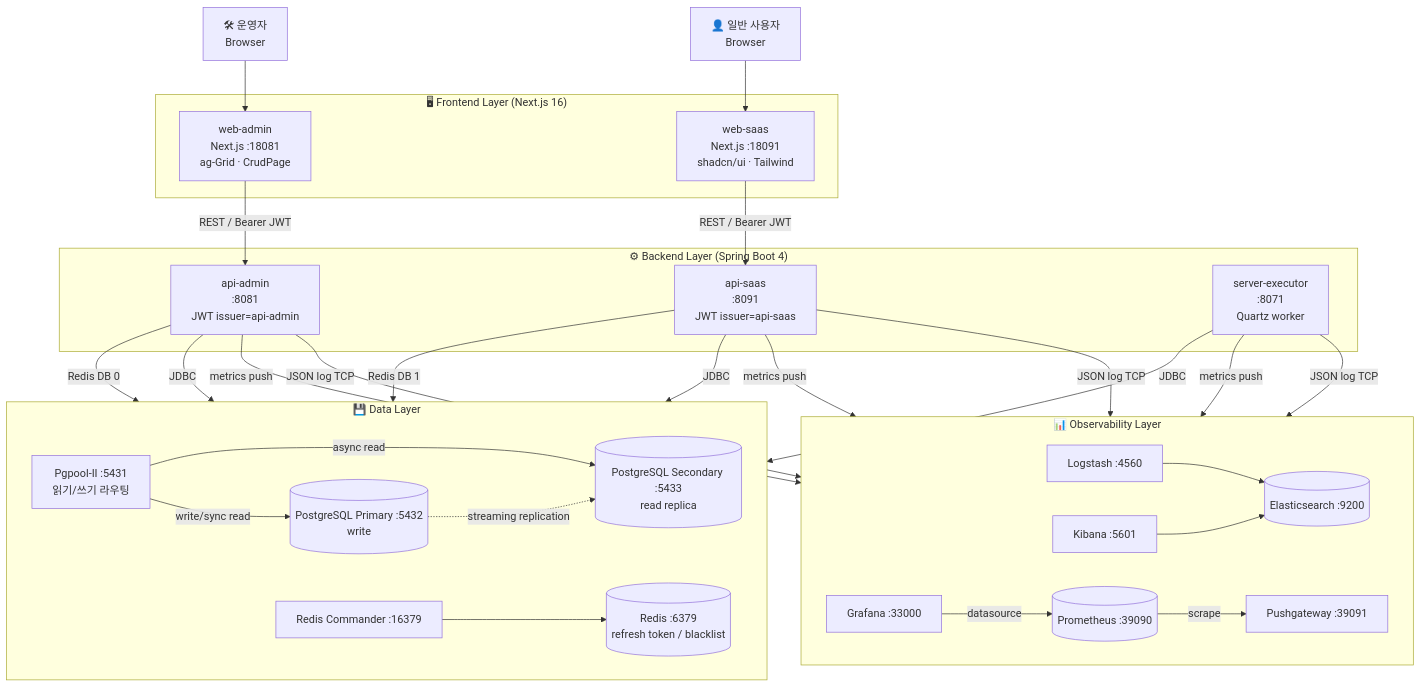
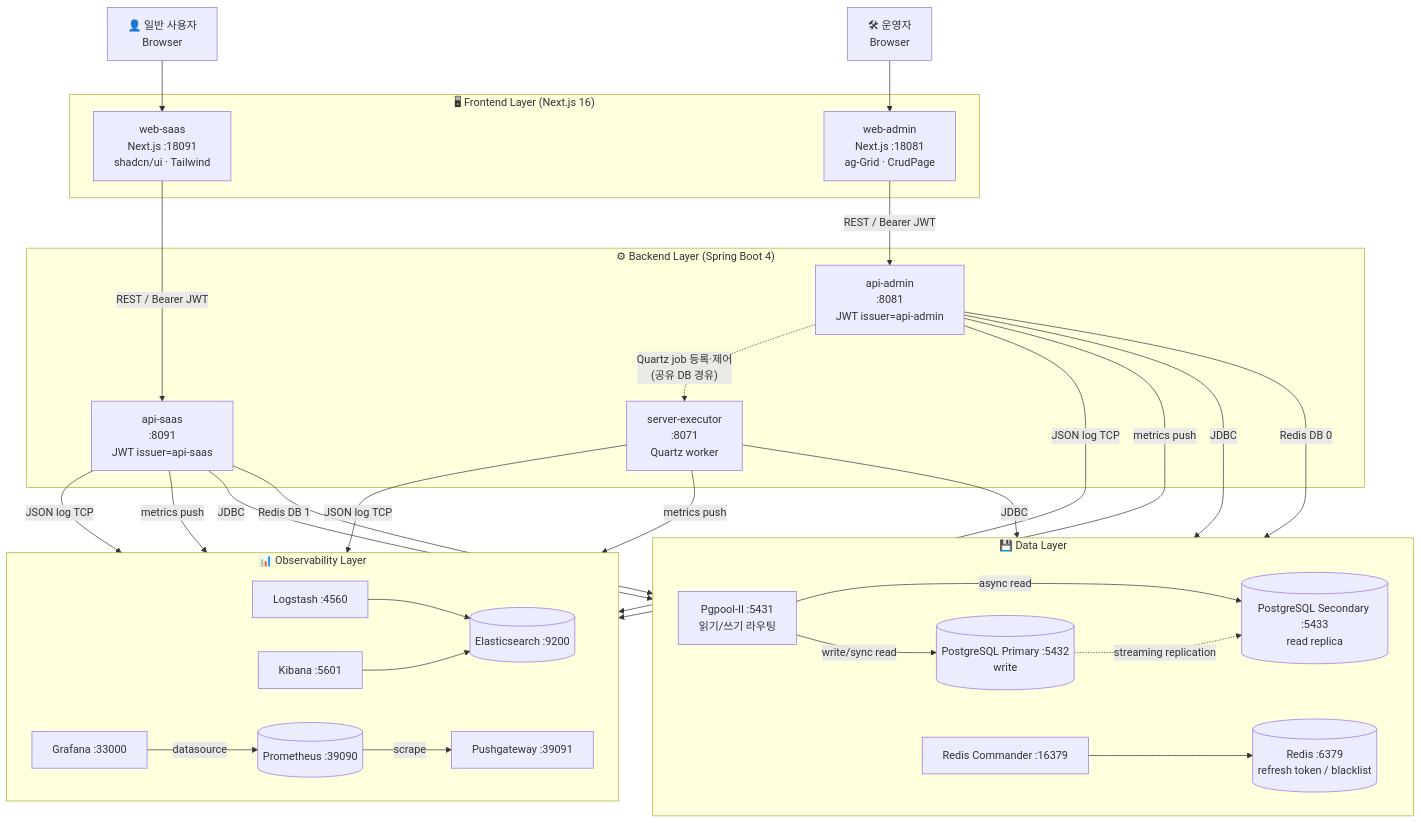
The ninth of 13 diagrams in core-banking/PORTFOLIO.md (wantedhooni/portfolio), drawn with Mermaid before and after one commit. The commit also changed other lines of this file and 2 other files, not shown here.

````diff
--- a/core-banking/PORTFOLIO.md
+++ b/core-banking/PORTFOLIO.md
@@ -352,64 +400,66 @@
 ```mermaid
 flowchart TB
     user["👤 일반 사용자<br/>Browser"]
     adminUser["🛠 운영자<br/>Browser"]
 
     subgraph Frontend["🖥 Frontend Layer (Next.js 16)"]
         webSaas["web-saas<br/>Next.js :18091<br/>shadcn/ui · Tailwind"]
         webAdmin["web-admin<br/>Next.js :18081<br/>ag-Grid · CrudPage"]
     end
 
     subgraph Backend["⚙ Backend Layer (Spring Boot 4)"]
         apiSaas["api-saas<br/>:8091<br/>JWT issuer=api-saas"]
         apiAdmin["api-admin<br/>:8081<br/>JWT issuer=api-admin"]
         executor["server-executor<br/>:8071<br/>Quartz worker"]
     end
 
     subgraph Data["💾 Data Layer"]
         direction LR
         pgpool["Pgpool-II :5431<br/>읽기/쓰기 라우팅"]
         primary[("PostgreSQL Primary :5432<br/>write")]
         secondary[("PostgreSQL Secondary :5433<br/>read replica")]
         redis[("Redis :6379<br/>refresh token / blacklist")]
         redisCommander["Redis Commander :16379"]
     end
 
     subgraph Obs["📊 Observability Layer"]
         direction LR
         logstash["Logstash :4560"]
         elastic[("Elasticsearch :9200")]
         kibana["Kibana :5601"]
         pushgateway["Pushgateway :39091"]
         prometheus[("Prometheus :39090")]
         grafana["Grafana :33000"]
     end
 
     user --> webSaas
     adminUser --> webAdmin
 
     webSaas -->|REST / Bearer JWT| apiSaas
     webAdmin -->|REST / Bearer JWT| apiAdmin
 
     apiSaas -->|JDBC| pgpool
     apiAdmin -->|JDBC| pgpool
     executor -->|JDBC| pgpool
     pgpool -->|write/sync read| primary
     pgpool -->|async read| secondary
     primary -.->|streaming replication| secondary
 
+    apiAdmin -.->|"Quartz job 등록·제어<br/>(공유 DB 경유)"| executor
+
     apiSaas -->|Redis DB 1| redis
     apiAdmin -->|Redis DB 0| redis
     redisCommander --> redis
 
     apiSaas -->|JSON log TCP| logstash
     apiAdmin -->|JSON log TCP| logstash
     executor -->|JSON log TCP| logstash
     logstash --> elastic
     kibana --> elastic
 
     apiSaas -->|metrics push| pushgateway
     apiAdmin -->|metrics push| pushgateway
     executor -->|metrics push| pushgateway
     prometheus -->|scrape| pushgateway
     grafana -->|datasource| prometheus
 ```
````
